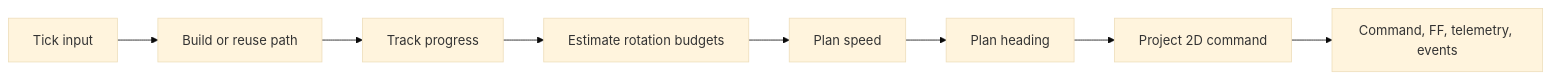
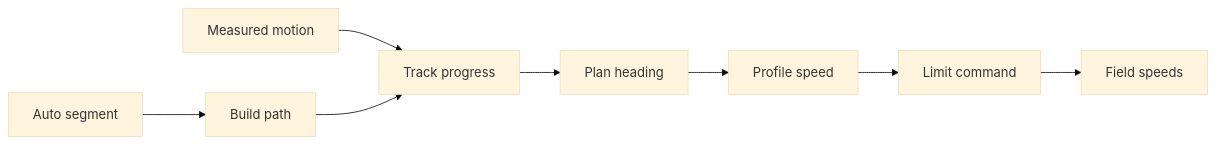
Before and after one commit to team581/offseason-2026: the diagram in shared/src/main/java/com/team581/trailblazer3/planning/README.md, drawn with Mermaid (base theme). The commit also changed other lines of this file and 12 other files, not shown here.

````diff
--- a/shared/src/main/java/com/team581/trailblazer3/planning/README.md
+++ b/shared/src/main/java/com/team581/trailblazer3/planning/README.md
@@ -60,7 +11,10 @@
 ```mermaid
 flowchart LR
-    Input["Tick input"] --> Path["Build or reuse path"] --> Progress["Track progress"]
-    Progress --> Budgets["Estimate rotation budgets"] --> Profile["Plan speed"]
-    Profile --> Heading["Plan heading"] --> Limit["Project 2D command"]
-    Limit --> Output["Command, FF, telemetry, events"]
+    Auto[Auto segment] --> Path[Build path]
+    Pose[Measured motion] --> Progress[Track progress]
+    Path --> Progress
+    Progress --> Heading[Plan heading]
+    Heading --> Speed[Profile speed]
+    Speed --> Limits[Limit command]
+    Limits --> Drive[Field speeds]
 ```
````
